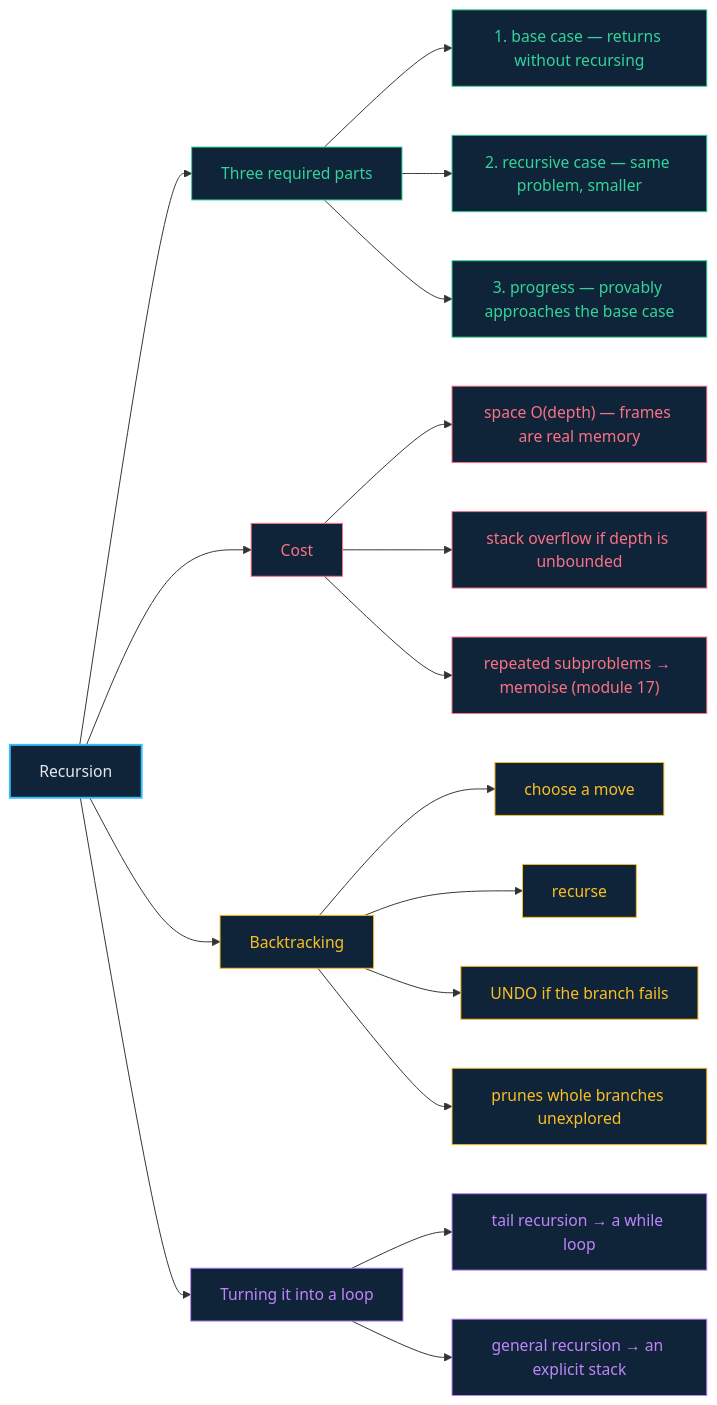
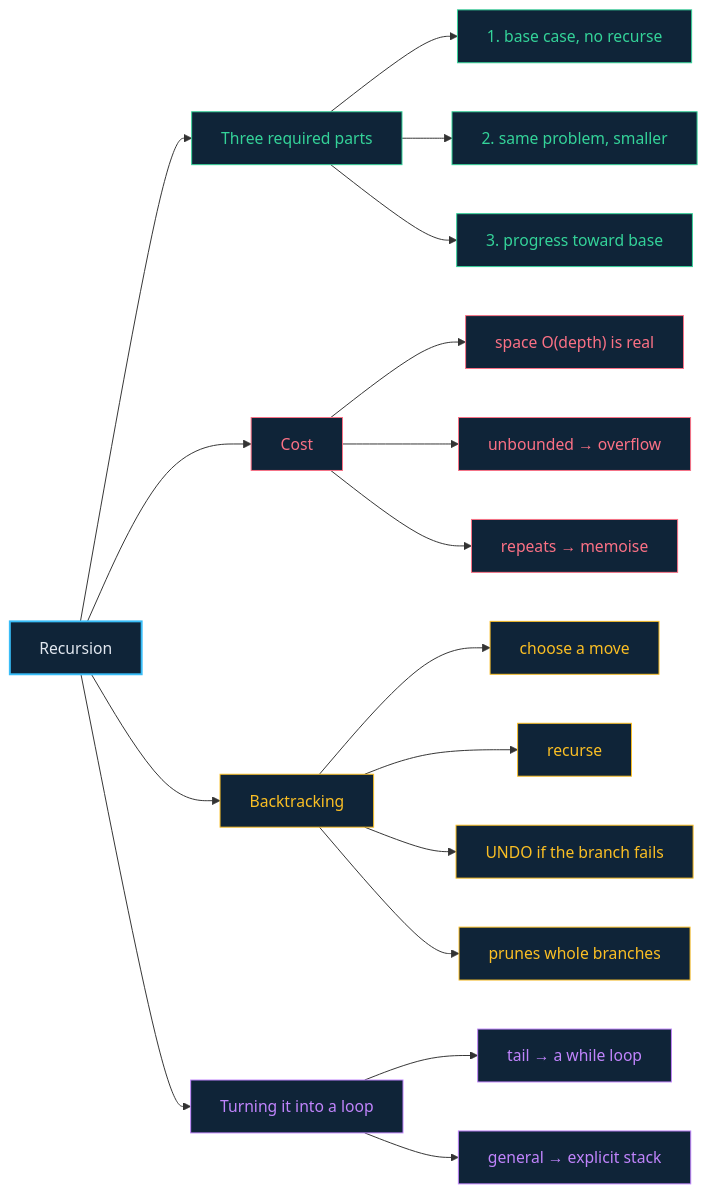
Before and after one commit to rajeshgoyalg/Learn-Data-Structures-and-Algorithms-Visually: the diagram in docs/16-recursion-and-backtracking.md, drawn with Mermaid. The commit also changed 21 other files, not shown here.

First line of the commit message:
Shorten every mermaid label so diagrams cannot overflow and clip

````diff
--- a/docs/16-recursion-and-backtracking.md
+++ b/docs/16-recursion-and-backtracking.md
@@ -41,34 +41,34 @@
 ```mermaid
 flowchart LR
   R["Recursion"] --> P["Three required parts"]
   R --> C["Cost"]
   R --> B["Backtracking"]
   R --> T["Turning it into a loop"]
 
-  P --> P1["1. base case — returns without recursing"]
-  P --> P2["2. recursive case — same problem, smaller"]
-  P --> P3["3. progress — provably approaches the base case"]
+  P --> P1["1. base case, no recurse"]
+  P --> P2["2. same problem, smaller"]
+  P --> P3["3. progress toward base"]
 
-  C --> C1["space O(depth) — frames are real memory"]
-  C --> C2["stack overflow if depth is unbounded"]
-  C --> C3["repeated subproblems → memoise (module 17)"]
+  C --> C1["space O(depth) is real"]
+  C --> C2["unbounded → overflow"]
+  C --> C3["repeats → memoise"]
 
   B --> B1["choose a move"]
   B --> B2["recurse"]
   B --> B3["UNDO if the branch fails"]
-  B --> B4["prunes whole branches unexplored"]
+  B --> B4["prunes whole branches"]
 
-  T --> T1["tail recursion → a while loop"]
-  T --> T2["general recursion → an explicit stack"]
+  T --> T1["tail → a while loop"]
+  T --> T2["general → explicit stack"]
 
   classDef root fill:#0f2438,stroke:#38bdf8,stroke-width:2px,color:#e2e8f0
   classDef p fill:#0f2438,stroke:#34d399,color:#34d399
   classDef c fill:#0f2438,stroke:#fb7185,color:#fb7185
   classDef b fill:#0f2438,stroke:#fbbf24,color:#fbbf24
   classDef t fill:#0f2438,stroke:#c084fc,color:#c084fc
   class R root
   class P,P1,P2,P3 p
   class C,C1,C2,C3 c
   class B,B1,B2,B3,B4 b
   class T,T1,T2 t
 ```
````
